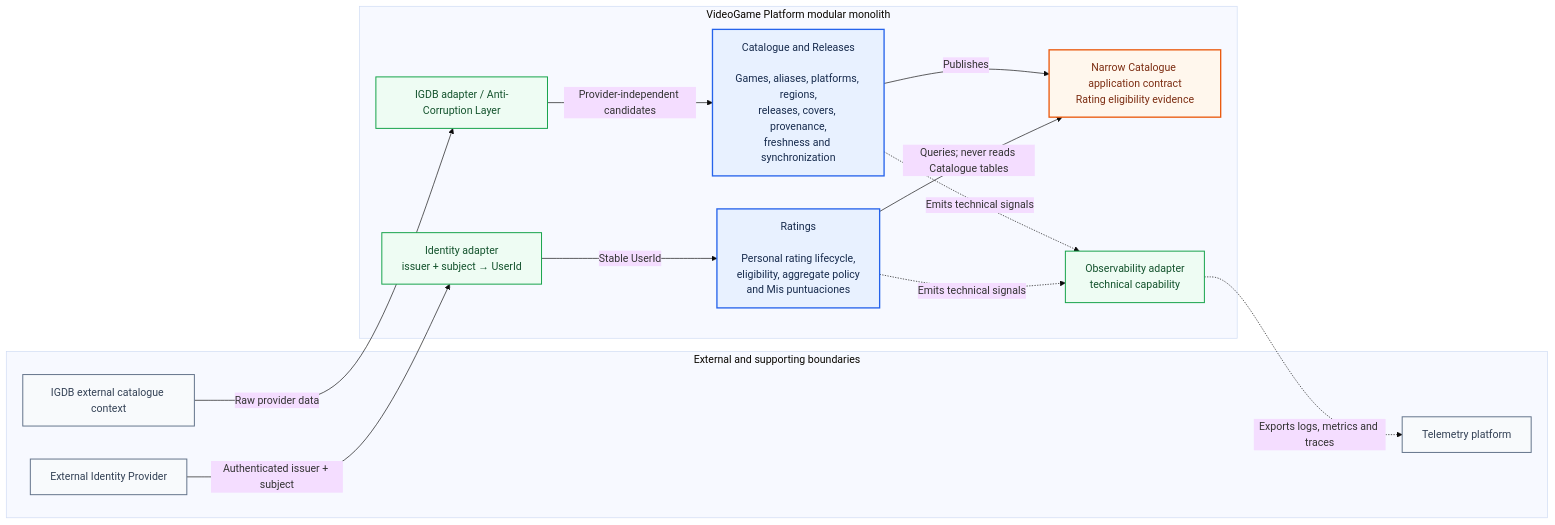
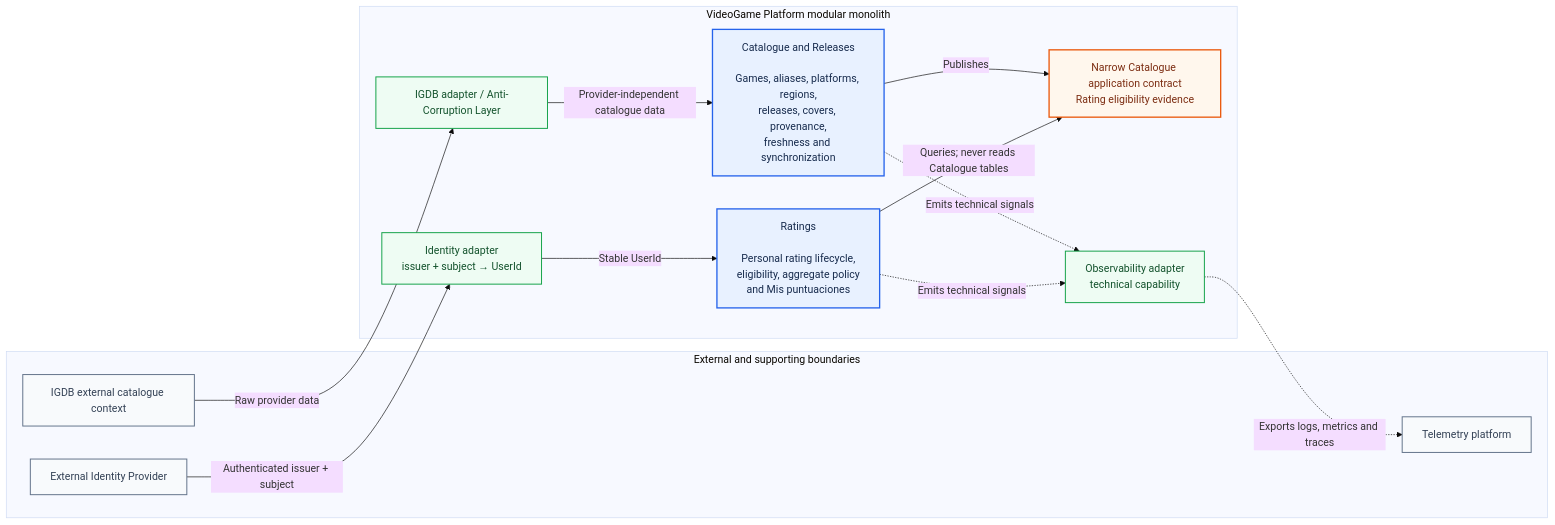
Before and after one commit to rubhern/videogame-platform: the diagram in docs/architecture/diagrams/mermaid/module-context-map.mmd, drawn with Mermaid (base theme). The commit also changed 92 other files, not shown here.

```diff
--- a/docs/architecture/diagrams/mermaid/module-context-map.mmd
+++ b/docs/architecture/diagrams/mermaid/module-context-map.mmd
@@ -1,38 +1,38 @@
 flowchart LR
     subgraph External["External and supporting boundaries"]
         IGDB["IGDB external catalogue context"]
         IdP["External Identity Provider"]
         Telemetry["Telemetry platform"]
     end
 
     subgraph Product["VideoGame Platform modular monolith"]
         Catalogue["Catalogue and Releases<br/><br/>Games, aliases, platforms, regions,<br/>releases, covers, provenance,<br/>freshness and synchronization"]
         EligibilityContract["Narrow Catalogue application contract<br/>Rating eligibility evidence"]
         Ratings["Ratings<br/><br/>Personal rating lifecycle,<br/>eligibility, aggregate policy<br/>and Mis puntuaciones"]
         ACL["IGDB adapter / Anti-Corruption Layer"]
         IdentityAdapter["Identity adapter<br/>issuer + subject → UserId"]
         Observability["Observability adapter<br/>technical capability"]
     end
 
     IGDB -->|Raw provider data| ACL
-    ACL -->|Provider-independent candidates| Catalogue
+    ACL -->|Provider-independent catalogue data| Catalogue
 
     Catalogue -->|Publishes| EligibilityContract
     Ratings -->|Queries; never reads Catalogue tables| EligibilityContract
 
     IdP -->|Authenticated issuer + subject| IdentityAdapter
     IdentityAdapter -->|Stable UserId| Ratings
 
     Catalogue -.->|Emits technical signals| Observability
     Ratings -.->|Emits technical signals| Observability
     Observability -.->|Exports logs, metrics and traces| Telemetry
 
 
     classDef domain fill:#e8f1ff,stroke:#2563eb,stroke-width:2px,color:#172b4d
     classDef external fill:#f8fafc,stroke:#64748b,stroke-width:1.5px,color:#334155
     classDef adapter fill:#eefcf3,stroke:#16a34a,stroke-width:1.5px,color:#14532d
     classDef contract fill:#fff7ed,stroke:#ea580c,stroke-width:2px,color:#7c2d12
     class Catalogue,Ratings domain
     class IGDB,IdP,Telemetry external
     class Observability,IdentityAdapter,ACL adapter
     class EligibilityContract contract
```
